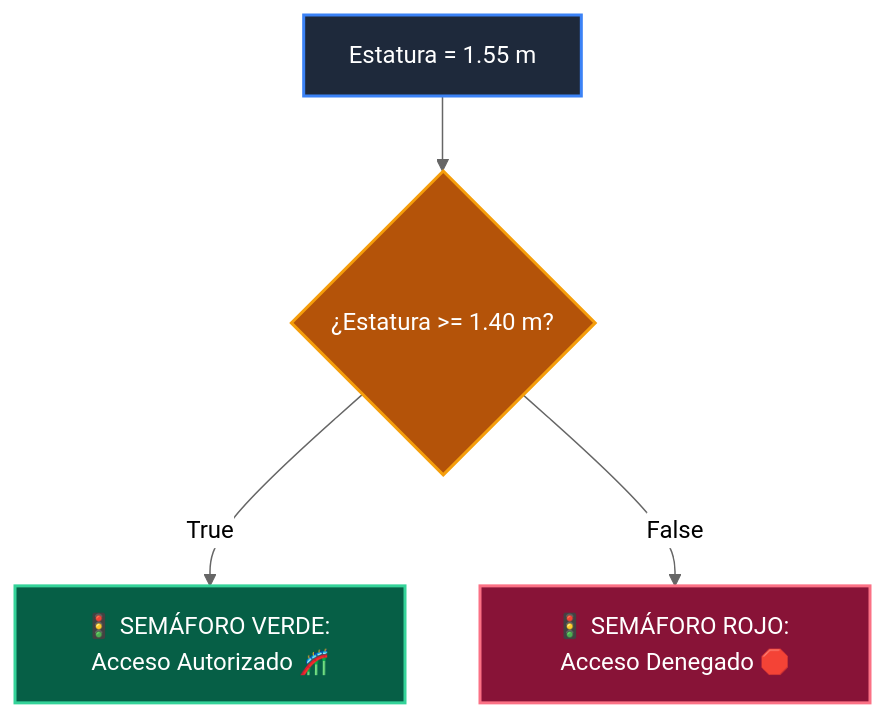
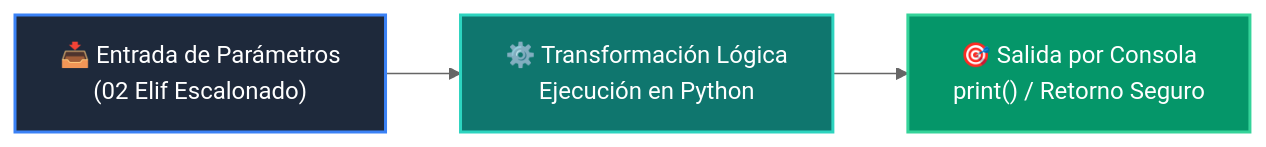
The diagram in 01-fundamentos-python/clase-03-control-flujo-condicionales/ejemplos/ejemplo_02_elif_escalonado/README.md (wisrovi/wisrovi-python), drawn with Mermaid (neutral theme) before and after one commit. The commit also changed other lines of this file and 226 other files, not shown here.

Commit message:
docs: elevate all repository READMEs to world-class mastery standard with rich pedagogical architecture, custom Mermaids, and professional styling

````diff
--- a/01-fundamentos-python/clase-03-control-flujo-condicionales/ejemplos/ejemplo_02_elif_escalonado/README.md
+++ b/01-fundamentos-python/clase-03-control-flujo-condicionales/ejemplos/ejemplo_02_elif_escalonado/README.md
@@ -12,11 +19,9 @@
 ```mermaid
-flowchart TD
-    DATA["Estatura = 1.55 m"] --> COND{"¿Estatura >= 1.40 m?"}
-    COND -->|True| GREEN["🚦 SEMÁFORO VERDE: Acceso Autorizado 🎢"]
-    COND -->|False| RED["🚦 SEMÁFORO ROJO: Acceso Denegado 🛑"]
+flowchart LR
+    A["📥 Entrada de Parámetros<br/>(02 Elif Escalonado)"] --> B["⚙️ Transformación Lógica<br/>Ejecución en Python"]
+    B --> C["🎯 Salida por Consola<br/>print() / Retorno Seguro"]
 
-    style DATA fill:#1e293b,color:#fff,stroke:#3b82f6,stroke-width:2px
-    style COND fill:#b45309,color:#fff,stroke:#f59e0b,stroke-width:2px
-    style GREEN fill:#065f46,color:#fff,stroke:#34d399,stroke-width:2px
-    style RED fill:#881337,color:#fff,stroke:#fb7185,stroke-width:2px
+    style A fill:#1e293b,color:#ffffff,stroke:#3b82f6,stroke-width:2px
+    style B fill:#0f766e,color:#ffffff,stroke:#2dd4bf,stroke-width:2px
+    style C fill:#059669,color:#ffffff,stroke:#34d399,stroke-width:2px
 ```
````
